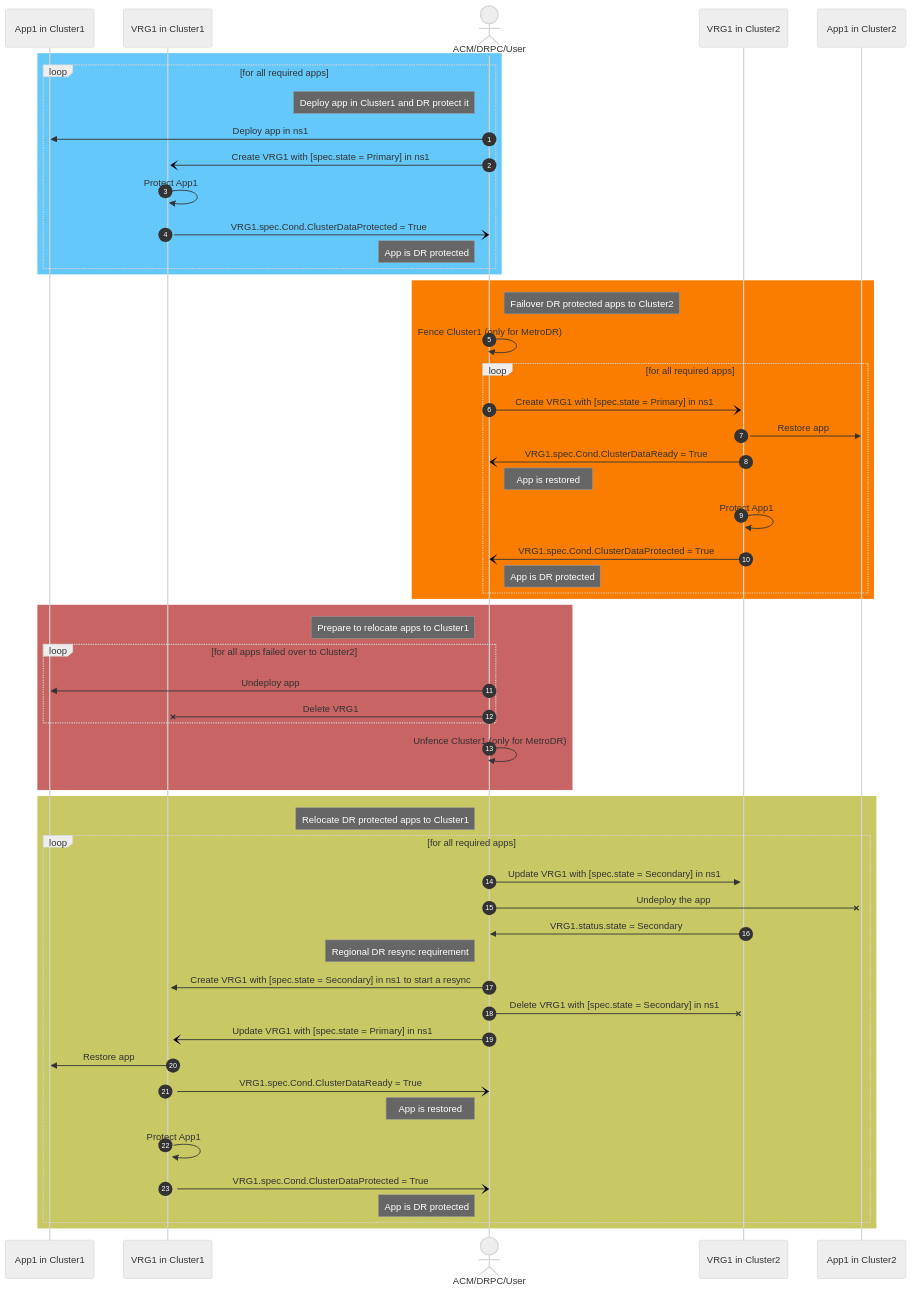
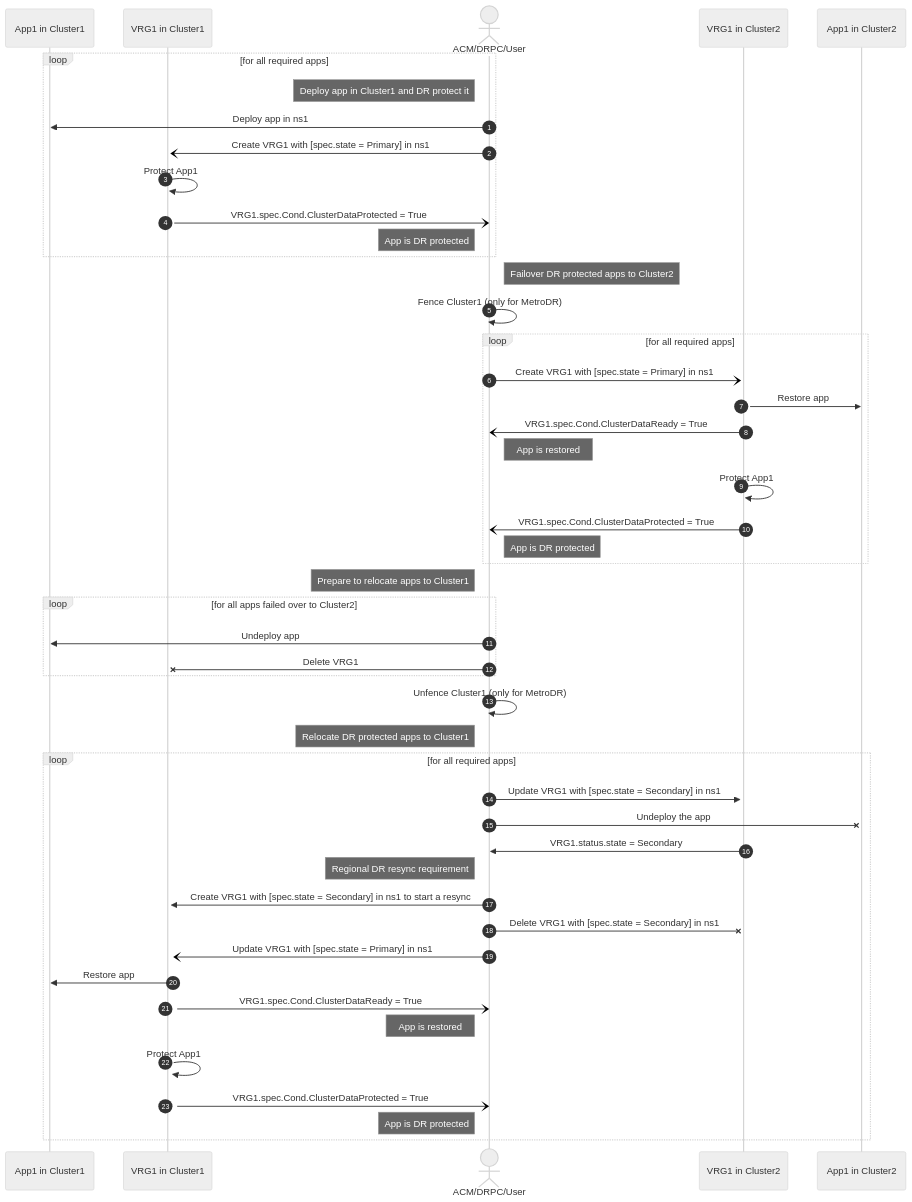
The diagram in docs/vrg-sequence-diagram.md (hatfieldbrian/ramen), drawn with Mermaid (neutral theme) before and after one commit.

Commit message:
VRG Seq. Dia: comment out rectangles
Using `rect`angles with colors has the challenge of getting it right on
browsers on light and dark mode.

Using `rect`angles without colors seem to result in using
black backgroud that makes it impossible to read black text.

Hence, remove `rect`angles for now till we find a better solution.

````diff
--- a/docs/vrg-sequence-diagram.md
+++ b/docs/vrg-sequence-diagram.md
@@ -7,72 +7,72 @@
 ```mermaid
 sequenceDiagram
 autonumber
 participant C1App1 as App1 in Cluster1
 participant C1VRG1 as VRG1 in Cluster1
 Actor User as ACM/DRPC/User
 participant C2VRG1 as VRG1 in Cluster2
 participant C2App1 as App1 in Cluster2
-rect rgb(100,200,250)
+% rect rgb(100,200,250)
     loop for all required apps
         note left of User: Deploy app in Cluster1 and DR protect it
         User ->> C1App1 : Deploy app in ns1
         activate C1VRG1
         User -) C1VRG1:Create VRG1 with [spec.state = Primary] in ns1
         C1VRG1 ->> C1VRG1: Protect App1
         % C1VRG1 -) User:VRG1.spec.Cond.DataProtected = True
         C1VRG1 -) User:VRG1.spec.Cond.ClusterDataProtected = True
         % C1VRG1 -) User:App Protected [spec.status = Primary]
         note left of User: App is DR protected
     end
-end
+% end
 
 
-rect rgb(250,125,0)
+% rect rgb(250,125,0)
     note right of User: Failover DR protected apps to Cluster2
     User ->> User: Fence Cluster1 (only for MetroDR)
     loop for all required apps
         activate C2VRG1
         User -) C2VRG1:Create VRG1 with [spec.state = Primary] in ns1
         % C2VRG1 -) User:VRG1.spec.Cond.DataReady = True
         C2VRG1 ->> C2App1: Restore app
         activate C2App1
         C2VRG1 -) User:VRG1.spec.Cond.ClusterDataReady = True
         note right of User: App is restored
         C2VRG1 ->> C2VRG1: Protect App1
         C2VRG1 -) User:VRG1.spec.Cond.ClusterDataProtected = True
         note right of User: App is DR protected
     end
-end
+% end
 
-rect rgb(200,100,100)
+% rect
     note left of User: Prepare to relocate apps to Cluster1
     loop for all apps failed over to Cluster2
         User ->> C1App1: Undeploy app
         User -x C1VRG1: Delete VRG1
     end
     User ->> User: Unfence Cluster1 (only for MetroDR)
 
-end
+% end
 
-rect rgb(200,200,100)
-note left of User: Relocate DR protected apps to Cluster1
+% rect rgb(200,200,100)
+    note left of User: Relocate DR protected apps to Cluster1
     loop for all required apps
         User ->> C2VRG1: Update VRG1 with [spec.state = Secondary] in ns1
         User -x C2App1: Undeploy the app
         C2VRG1 ->> User: VRG1.status.state = Secondary
         note left of User: Regional DR resync requirement
         User ->> C1VRG1: Create VRG1 with [spec.state = Secondary] in ns1 to start a resync
         User -x C2VRG1: Delete VRG1 with [spec.state = Secondary] in ns1
         activate C1VRG1
         User -) C1VRG1:Update VRG1 with [spec.state = Primary] in ns1
         % C1VRG1 -) User:VRG1.spec.Cond.DataReady = True
         C1VRG1 ->> C1App1: Restore app
         activate C1App1
         C1VRG1 -) User:VRG1.spec.Cond.ClusterDataReady = True
         note left of User: App is restored
         C1VRG1 ->> C1VRG1: Protect App1
         C1VRG1 -) User:VRG1.spec.Cond.ClusterDataProtected = True
         note left of User: App is DR protected
     end
-end
+% end
 ```
````
